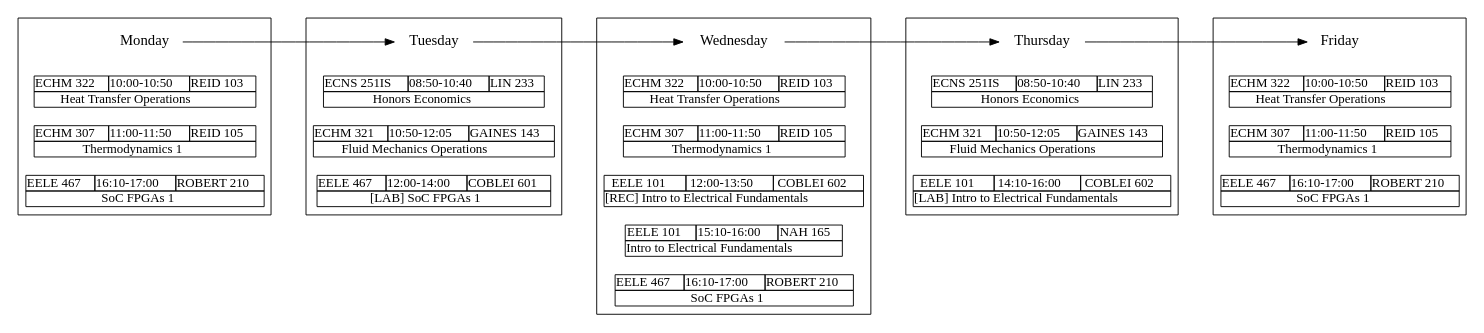
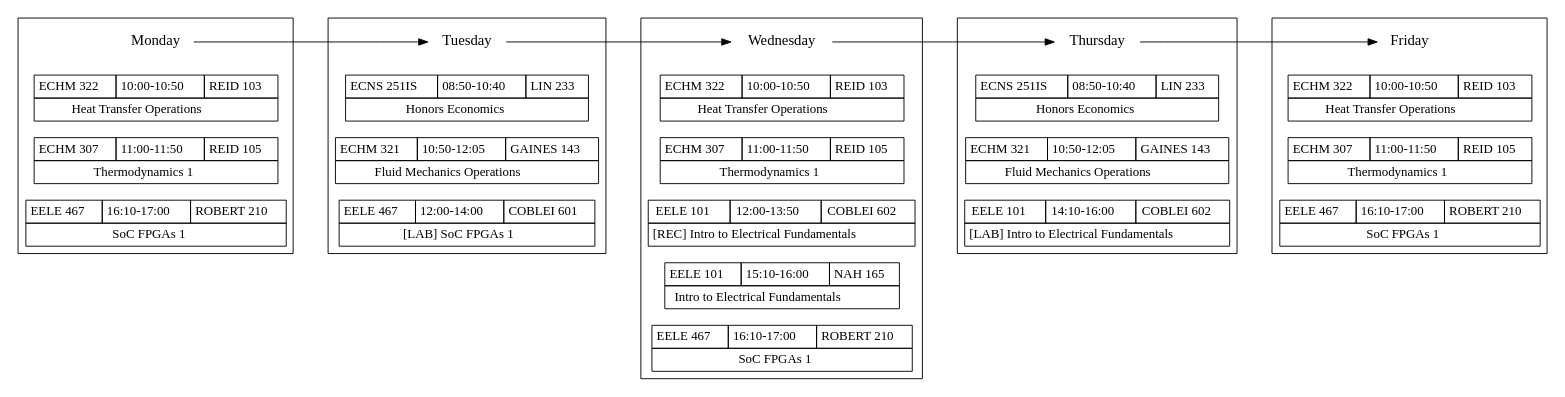
The diagram in schedule_2021-sem-1-fall.gv (w-culhane/schedule-flowchart), drawn with Graphviz before and after one commit.

Commit message:
Increase padding

```diff
--- a/schedule_2021-sem-1-fall.gv
+++ b/schedule_2021-sem-1-fall.gv
@@ -1,198 +1,198 @@
 digraph schedule {
     ranksep=.75; rankdir=LR; splines=false;
 
     {node [shape=plaintext,fontsize=16];
         "Monday" -> "Tuesday" -> "Wednesday" -> "Thursday"
         -> "Friday";
     }
 
     {node [shape=none, margin=0]
         subgraph clustermonday { rank = same; "Monday"; "ECHM322-m"; "ECHM307-m"; "EELE467-m"; }
     }
 
     "ECHM322-m" [label=<
-    <TABLE BORDER="0" CELLBORDER="1" CELLSPACING="0" CELLPADDING="0">
+    <TABLE BORDER="0" CELLBORDER="1" CELLSPACING="0" CELLPADDING="4">
     <TR>
     <TD>ECHM 322</TD>
     <TD>10:00-10:50</TD>
     <TD>REID 103</TD>
     </TR>
     <TR><TD COLSPAN="3">Heat Transfer Operations</TD></TR>
     </TABLE>>];
 
     "ECHM307-m" [label=<
-    <TABLE BORDER="0" CELLBORDER="1" CELLSPACING="0" CELLPADDING="0">
+    <TABLE BORDER="0" CELLBORDER="1" CELLSPACING="0" CELLPADDING="4">
     <TR>
     <TD>ECHM 307</TD>
     <TD>11:00-11:50</TD>
     <TD>REID 105</TD>
     </TR>
     <TR><TD COLSPAN="3">Thermodynamics 1</TD></TR>
     </TABLE>>];
 
     "EELE467-m" [label=<
-    <TABLE BORDER="0" CELLBORDER="1" CELLSPACING="0" CELLPADDING="0">
+    <TABLE BORDER="0" CELLBORDER="1" CELLSPACING="0" CELLPADDING="4">
     <TR>
     <TD>EELE 467</TD>
     <TD>16:10-17:00</TD>
     <TD>ROBERT 210</TD>
     </TR>
     <TR><TD COLSPAN="3">SoC FPGAs 1</TD></TR>
     </TABLE>>];
 
     {node [shape=none, margin=0]
         subgraph clustertuesday { rank = same; "Tuesday"; "ECNS251IS-t"; "ECHM321-t"; "EELE467-t-lab"}
     }
 
     "ECNS251IS-t" [label=<
-    <TABLE BORDER="0" CELLBORDER="1" CELLSPACING="0" CELLPADDING="0">
+    <TABLE BORDER="0" CELLBORDER="1" CELLSPACING="0" CELLPADDING="4">
     <TR>
     <TD>ECNS 251IS</TD>
     <TD>08:50-10:40</TD>
     <TD>LIN 233</TD>
     </TR>
     <TR><TD COLSPAN="3">Honors Economics</TD></TR>
     </TABLE>>];
 
     "ECHM321-t" [label=<
-    <TABLE BORDER="0" CELLBORDER="1" CELLSPACING="0" CELLPADDING="0">
+    <TABLE BORDER="0" CELLBORDER="1" CELLSPACING="0" CELLPADDING="4">
     <TR>
     <TD>ECHM 321</TD>
     <TD>10:50-12:05</TD>
     <TD>GAINES 143</TD>
     </TR>
     <TR><TD COLSPAN="3">Fluid Mechanics Operations</TD></TR>
     </TABLE>>];
 
     "EELE467-t-lab" [label=<
-    <TABLE BORDER="0" CELLBORDER="1" CELLSPACING="0" CELLPADDING="0">
+    <TABLE BORDER="0" CELLBORDER="1" CELLSPACING="0" CELLPADDING="4">
     <TR>
     <TD>EELE 467</TD>
     <TD>12:00-14:00</TD>
     <TD>COBLEI 601</TD>
     </TR>
     <TR><TD COLSPAN="3">[LAB] SoC FPGAs 1</TD></TR>
     </TABLE>>];
 
     {node [shape=none, margin=0]
         subgraph clusterwednesday { rank = same; "Wednesday"; "ECHM322-w"; "ECHM307-w"; "EELE101-w-rec"; "EELE101-w"; "EELE467-w"; }
     }
 
     "ECHM322-w" [label=<
-    <TABLE BORDER="0" CELLBORDER="1" CELLSPACING="0" CELLPADDING="0">
+    <TABLE BORDER="0" CELLBORDER="1" CELLSPACING="0" CELLPADDING="4">
     <TR>
     <TD>ECHM 322</TD>
     <TD>10:00-10:50</TD>
     <TD>REID 103</TD>
     </TR>
     <TR><TD COLSPAN="3">Heat Transfer Operations</TD></TR>
     </TABLE>>];
 
     "ECHM307-w" [label=<
-    <TABLE BORDER="0" CELLBORDER="1" CELLSPACING="0" CELLPADDING="0">
+    <TABLE BORDER="0" CELLBORDER="1" CELLSPACING="0" CELLPADDING="4">
     <TR>
     <TD>ECHM 307</TD>
     <TD>11:00-11:50</TD>
     <TD>REID 105</TD>
     </TR>
     <TR><TD COLSPAN="3">Thermodynamics 1</TD></TR>
     </TABLE>>];
 
     "EELE101-w-rec" [label=<
-    <TABLE BORDER="0" CELLBORDER="1" CELLSPACING="0" CELLPADDING="0">
+    <TABLE BORDER="0" CELLBORDER="1" CELLSPACING="0" CELLPADDING="4">
     <TR>
     <TD>EELE 101</TD>
     <TD>12:00-13:50</TD>
     <TD>COBLEI 602</TD>
     </TR>
     <TR><TD COLSPAN="3">[REC] Intro to Electrical Fundamentals</TD></TR>
     </TABLE>>];
 
     "EELE101-w" [label=<
-    <TABLE BORDER="0" CELLBORDER="1" CELLSPACING="0" CELLPADDING="0">
+    <TABLE BORDER="0" CELLBORDER="1" CELLSPACING="0" CELLPADDING="4">
     <TR>
     <TD>EELE 101</TD>
     <TD>15:10-16:00</TD>
     <TD>NAH 165</TD>
     </TR>
     <TR><TD COLSPAN="3">Intro to Electrical Fundamentals</TD></TR>
     </TABLE>>];
 
     "EELE467-w" [label=<
-    <TABLE BORDER="0" CELLBORDER="1" CELLSPACING="0" CELLPADDING="0">
+    <TABLE BORDER="0" CELLBORDER="1" CELLSPACING="0" CELLPADDING="4">
     <TR>
     <TD>EELE 467</TD>
     <TD>16:10-17:00</TD>
     <TD>ROBERT 210</TD>
     </TR>
     <TR><TD COLSPAN="3">SoC FPGAs 1</TD></TR>
     </TABLE>>];
 
     {node [shape=none, margin=0]
         subgraph clusterthursday { rank = same; "Thursday"; "ECNS251IS-r"; "ECHM321-r"; "EELE101-r-lab"; }
     }
 
     "ECNS251IS-r" [label=<
-    <TABLE BORDER="0" CELLBORDER="1" CELLSPACING="0" CELLPADDING="0">
+    <TABLE BORDER="0" CELLBORDER="1" CELLSPACING="0" CELLPADDING="4">
     <TR>
     <TD>ECNS 251IS</TD>
     <TD>08:50-10:40</TD>
     <TD>LIN 233</TD>
     </TR>
     <TR><TD COLSPAN="3">Honors Economics</TD></TR>
     </TABLE>>];
 
     "ECHM321-r" [label=<
-    <TABLE BORDER="0" CELLBORDER="1" CELLSPACING="0" CELLPADDING="0">
+    <TABLE BORDER="0" CELLBORDER="1" CELLSPACING="0" CELLPADDING="4">
     <TR>
     <TD>ECHM 321</TD>
     <TD>10:50-12:05</TD>
     <TD>GAINES 143</TD>
     </TR>
     <TR><TD COLSPAN="3">Fluid Mechanics Operations</TD></TR>
     </TABLE>>];
 
     "EELE101-r-lab" [label=<
-    <TABLE BORDER="0" CELLBORDER="1" CELLSPACING="0" CELLPADDING="0">
+    <TABLE BORDER="0" CELLBORDER="1" CELLSPACING="0" CELLPADDING="4">
     <TR>
     <TD>EELE 101</TD>
     <TD>14:10-16:00</TD>
     <TD>COBLEI 602</TD>
     </TR>
     <TR><TD COLSPAN="3">[LAB] Intro to Electrical Fundamentals</TD></TR>
     </TABLE>>];
 
     {node [shape=none, margin=0]
         subgraph clusterfriday { rank = same; "Friday"; "ECHM322-f"; "ECHM307-f"; "EELE467-f"; }
     }
 
     "ECHM322-f" [label=<
-    <TABLE BORDER="0" CELLBORDER="1" CELLSPACING="0" CELLPADDING="0">
+    <TABLE BORDER="0" CELLBORDER="1" CELLSPACING="0" CELLPADDING="4">
     <TR>
     <TD>ECHM 322</TD>
     <TD>10:00-10:50</TD>
     <TD>REID 103</TD>
     </TR>
     <TR><TD COLSPAN="3">Heat Transfer Operations</TD></TR>
     </TABLE>>];
 
     "ECHM307-f" [label=<
-    <TABLE BORDER="0" CELLBORDER="1" CELLSPACING="0" CELLPADDING="0">
+    <TABLE BORDER="0" CELLBORDER="1" CELLSPACING="0" CELLPADDING="4">
     <TR>
     <TD>ECHM 307</TD>
     <TD>11:00-11:50</TD>
     <TD>REID 105</TD>
     </TR>
     <TR><TD COLSPAN="3">Thermodynamics 1</TD></TR>
     </TABLE>>];
 
     "EELE467-f" [label=<
-    <TABLE BORDER="0" CELLBORDER="1" CELLSPACING="0" CELLPADDING="0">
+    <TABLE BORDER="0" CELLBORDER="1" CELLSPACING="0" CELLPADDING="4">
     <TR>
     <TD>EELE 467</TD>
     <TD>16:10-17:00</TD>
     <TD>ROBERT 210</TD>
     </TR>
     <TR><TD COLSPAN="3">SoC FPGAs 1</TD></TR>
     </TABLE>>];
 }
```
